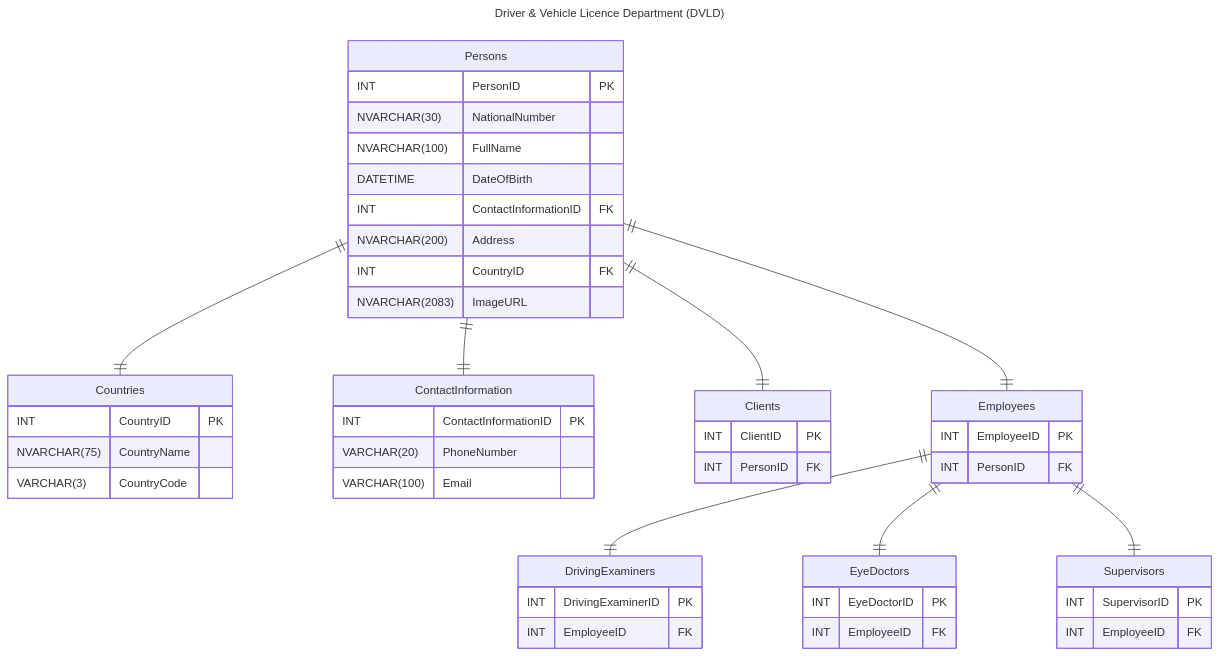
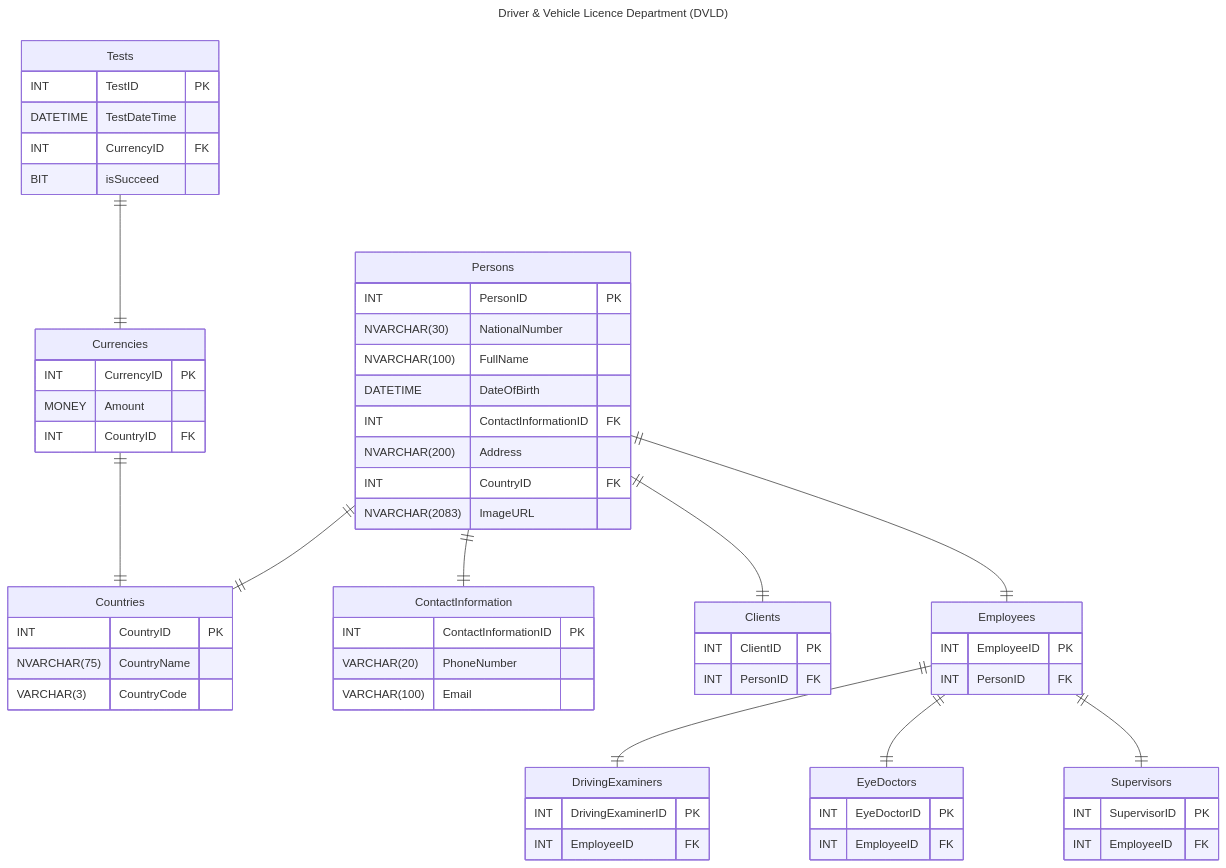
Before and after one commit to M4MD24/Full-Real-Project-by-Programming-Advices: the diagram in RelationalSchema/DriverAndVehicleLicensingDepartment.mmd, drawn with Mermaid.

Commit message:
Create (Tests, Currencies) Tables and Set Relationships

```diff
--- a/RelationalSchema/DriverAndVehicleLicensingDepartment.mmd
+++ b/RelationalSchema/DriverAndVehicleLicensingDepartment.mmd
@@ -1,52 +1,65 @@
 ---
 title: Driver & Vehicle Licence Department (DVLD)
 ---
 erDiagram
     Persons {
         INT PersonID PK
         NVARCHAR(30) NationalNumber
         NVARCHAR(100) FullName
         DATETIME DateOfBirth
         INT ContactInformationID FK
         NVARCHAR(200) Address
         INT CountryID FK
         NVARCHAR(2083) ImageURL
     }
     Countries {
         INT CountryID PK
         NVARCHAR(75) CountryName
         VARCHAR(3) CountryCode
     }
     ContactInformation {
         INT ContactInformationID PK
         VARCHAR(20) PhoneNumber
         VARCHAR(100) Email
     }
     Clients {
         INT ClientID PK
         INT PersonID FK
     }
     Employees {
         INT EmployeeID PK
         INT PersonID FK
     }
     DrivingExaminers {
         INT DrivingExaminerID PK
         INT EmployeeID FK
     }
     EyeDoctors {
         INT EyeDoctorID PK
         INT EmployeeID FK
     }
     Supervisors {
         INT SupervisorID PK
         INT EmployeeID FK
     }
+    Currencies {
+        INT CurrencyID PK
+        MONEY Amount
+        INT CountryID FK
+    }
+    Tests {
+        INT TestID PK
+        DATETIME TestDateTime
+        INT CurrencyID FK
+        BIT isSucceed
+    }
 
     Persons ||--|| Countries: ""
     Persons ||--|| ContactInformation: ""
     Persons ||--|| Clients: ""
     Persons ||--|| Employees: ""
     Employees ||--|| DrivingExaminers: ""
     Employees ||--|| EyeDoctors: ""
     Employees ||--|| Supervisors: ""
+    Tests ||--|| Currencies: ""
+    Currencies ||--|| Countries: ""
```
